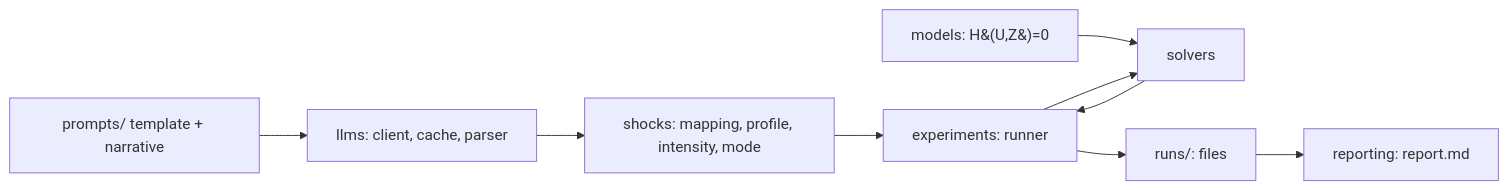
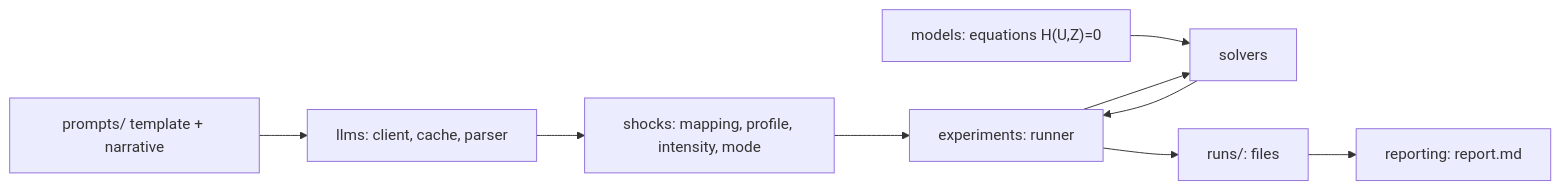
One commit to DragosGorduza/llms_for_dgse changed the first of 2 diagrams in README.md. Above: the diagram before and after it, drawn with Mermaid. The commit also changed other lines of this file, not shown here.

````diff
--- a/README.md
+++ b/README.md
@@ -9,10 +9,10 @@
 ```mermaid
 flowchart LR
-    P[prompts/ template + narrative] --> L[llms: client, cache, parser]
-    L --> S[shocks: mapping, profile, intensity, mode]
-    S --> E[experiments: runner]
-    M[models: H&#40;U,Z&#41;=0] --> V[solvers]
+    P["prompts/ template + narrative"] --> L["llms: client, cache, parser"]
+    L --> S["shocks: mapping, profile, intensity, mode"]
+    S --> E["experiments: runner"]
+    M["models: equations H(U,Z)=0"] --> V["solvers"]
     E --> V
     V --> E
-    E --> R[runs/: files] --> G[reporting: report.md]
+    E --> R["runs/: files"] --> G["reporting: report.md"]
 ```
````
